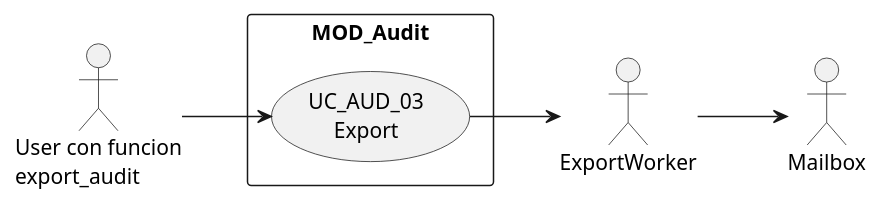
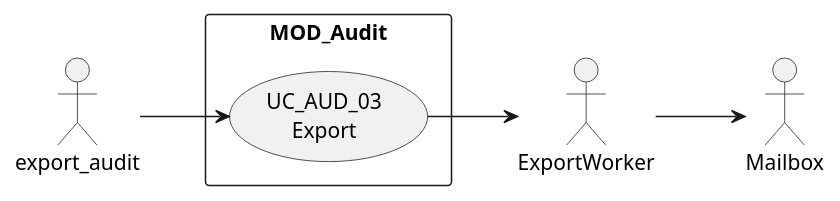
One commit to jcg-admin/IACT-docs changed the diagram in source/requisitos/casos-uso/audit/uc-aud-03/diagramas-uml.rst. Above: the diagram before and after it, drawn with PlantUML. The commit also changed 77 other files, not shown here.

First line of the commit message:
Enforce RBAC function names as actors in all UML diagrams

```diff
--- a/source/requisitos/casos-uso/audit/uc-aud-03/diagramas-uml.rst
+++ b/source/requisitos/casos-uso/audit/uc-aud-03/diagramas-uml.rst
@@ -10,14 +10,14 @@
 .. uml::
 
  @startuml
  left to right direction
- actor "User con funcion\nexport_audit" as USR
+ actor "export_audit" as USR
  actor "ExportWorker" as EW
  actor "Mailbox" as MB
  rectangle "MOD_Audit" {
    usecase "UC_AUD_03\nExport" as UC03
  }
  USR --> UC03
  UC03 --> EW
  EW --> MB
  @enduml
```
